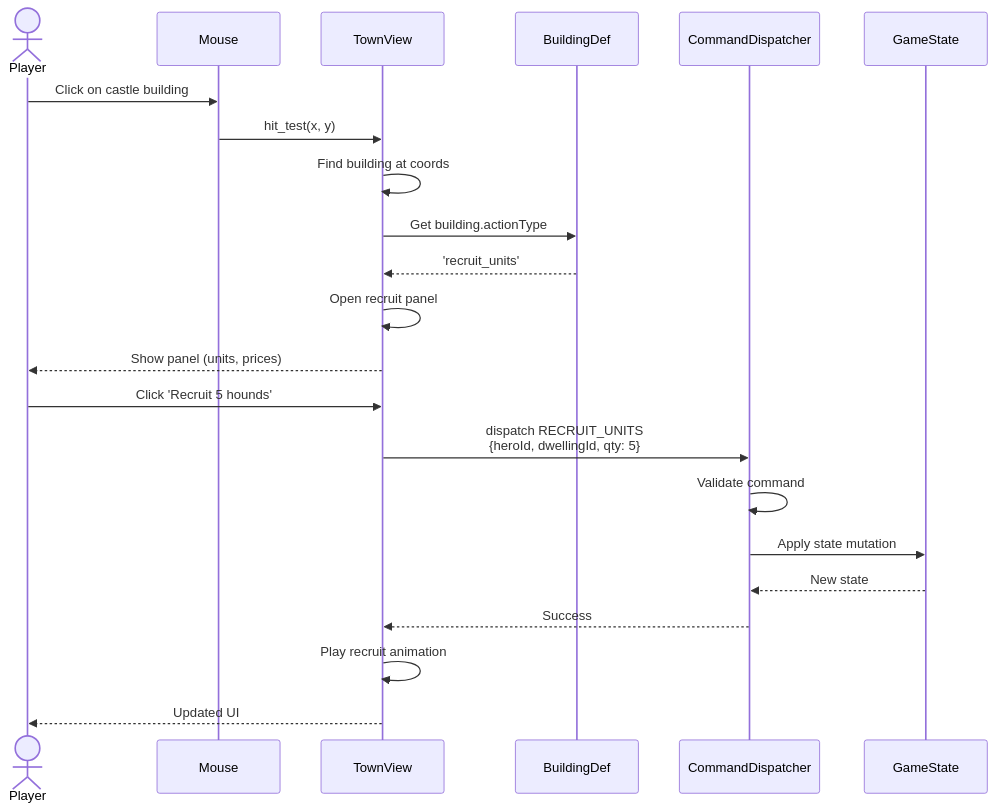
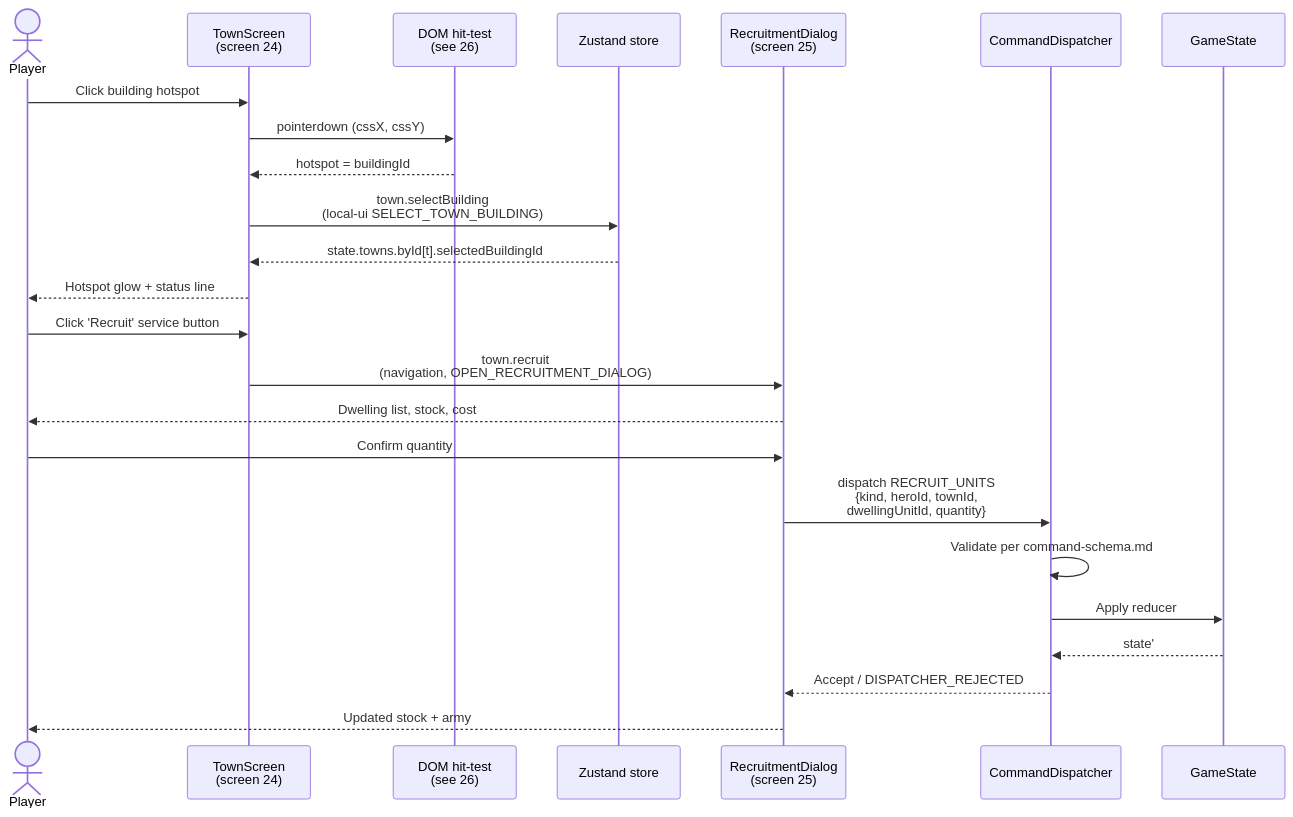
Before and after one commit to SunaNoOshiro/Heroes_Reforged_AI_Realms: the diagram in docs/architecture/diagrams/08-building-click.md, drawn with Mermaid. The commit also changed other lines of this file and 518 other files, not shown here.

First line of the commit message:
Add doc-audit skill and sweep architecture/screen docs

````diff
--- a/docs/architecture/diagrams/08-building-click.md
+++ b/docs/architecture/diagrams/08-building-click.md
@@ -10,25 +33,27 @@
 ```mermaid
 sequenceDiagram
     actor Player
-    participant Mouse
-    participant Town as TownView
-    participant Building as BuildingDef
+    participant Town as TownScreen<br/>(screen 24)
+    participant Seam as DOM hit-test<br/>(see 26)
+    participant Store as Zustand store
+    participant Recruit as RecruitmentDialog<br/>(screen 25)
     participant Cmd as CommandDispatcher
     participant State as GameState
 
-    Player->>Mouse: Click on castle building
-    Mouse->>Town: hit_test(x, y)
-    Town->>Town: Find building at coords
-    Town->>Building: Get building.actionType
-    Building-->>Town: 'recruit_units'
-    Town->>Town: Open recruit panel
-    Town-->>Player: Show panel (units, prices)
-    Player->>Town: Click 'Recruit 5 hounds'
-    Town->>Cmd: dispatch RECRUIT_UNITS<br/>{heroId, dwellingId, qty: 5}
-    Cmd->>Cmd: Validate command
-    Cmd->>State: Apply state mutation
-    State-->>Cmd: New state
-    Cmd-->>Town: Success
-    Town->>Town: Play recruit animation
-    Town-->>Player: Updated UI
+    Player->>Town: Click building hotspot
+    Town->>Seam: pointerdown (cssX, cssY)
+    Seam-->>Town: hotspot = buildingId
+    Town->>Store: town.selectBuilding<br/>(local-ui SELECT_TOWN_BUILDING)
+    Store-->>Town: state.towns.byId[t].selectedBuildingId
+    Town-->>Player: Hotspot glow + status line
+    Player->>Town: Click 'Recruit' service button
+    Town->>Recruit: town.recruit<br/>(navigation, OPEN_RECRUITMENT_DIALOG)
+    Recruit-->>Player: Dwelling list, stock, cost
+    Player->>Recruit: Confirm quantity
+    Recruit->>Cmd: dispatch RECRUIT_UNITS<br/>{kind, heroId, townId,<br/>dwellingUnitId, quantity}
+    Cmd->>Cmd: Validate per command-schema.md
+    Cmd->>State: Apply reducer
+    State-->>Cmd: state'
+    Cmd-->>Recruit: Accept / DISPATCHER_REJECTED
+    Recruit-->>Player: Updated stock + army
 ```
````
